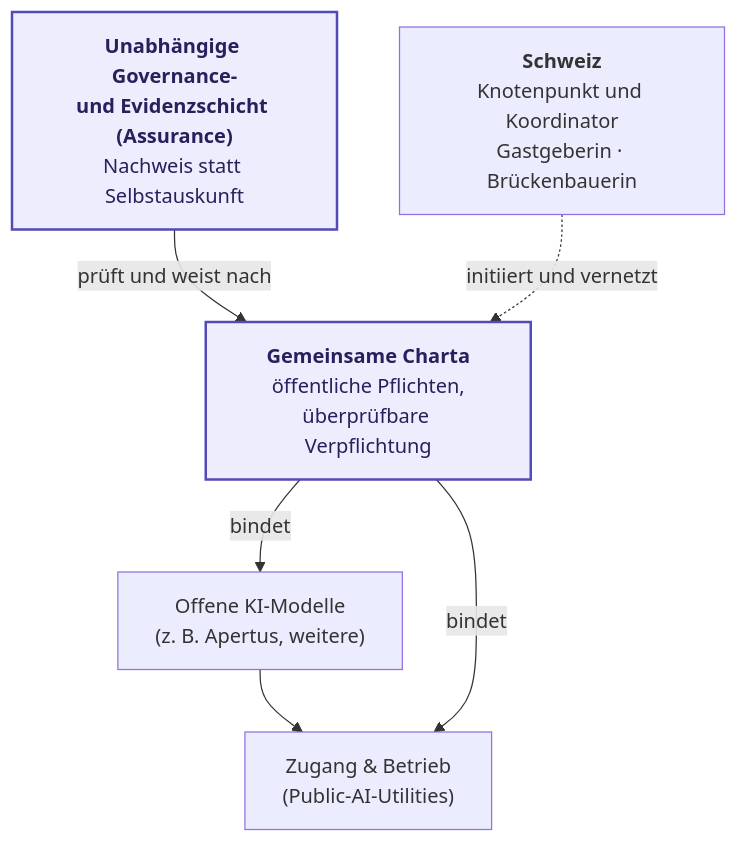
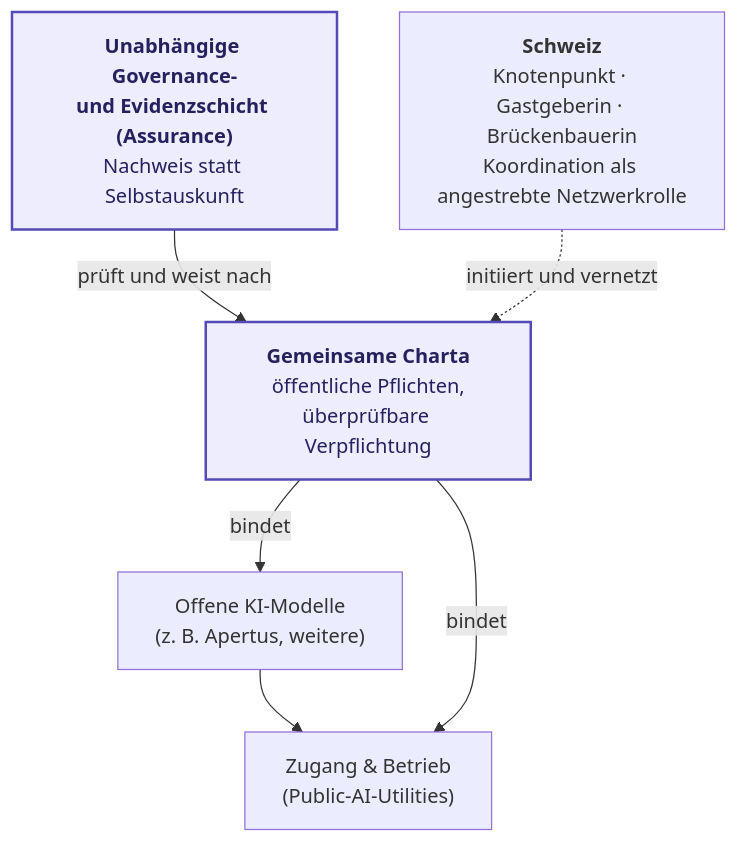
The diagram in docs/Outreach/impulsprogramm-sprint-praesentation.de.md (robertschaub/our-ai-charter), drawn with Mermaid before and after one commit. The commit also changed other lines of this file and 5 other files, not shown here.

````diff
--- a/docs/Outreach/impulsprogramm-sprint-praesentation.de.md
+++ b/docs/Outreach/impulsprogramm-sprint-praesentation.de.md
@@ -31,17 +31,17 @@
 ```mermaid
 flowchart TB
   M["Offene KI-Modelle<br/>(z. B. Apertus, weitere)"]
   A["Zugang & Betrieb<br/>(Public-AI-Utilities)"]
   C["<b>Gemeinsame Charta</b><br/>öffentliche Pflichten,<br/>überprüfbare Verpflichtung"]
   E["<b>Unabhängige Governance-<br/>und Evidenzschicht (Assurance)</b><br/>Nachweis statt Selbstauskunft"]
-  CH["<b>Schweiz</b><br/>Knotenpunkt und Koordinator<br/>Gastgeberin · Brückenbauerin"]
+  CH["<b>Schweiz</b><br/>Knotenpunkt · Gastgeberin · Brückenbauerin<br/>Koordination als angestrebte Netzwerkrolle"]
 
   M --> A
   C -->|bindet| M
   C -->|bindet| A
   E -->|prüft und weist nach| C
   CH -.->|initiiert und vernetzt| C
 
   classDef hl fill:#EEEDFE,stroke:#534AB7,stroke-width:2px,color:#26215C;
   class C,E hl;
 ```
````
